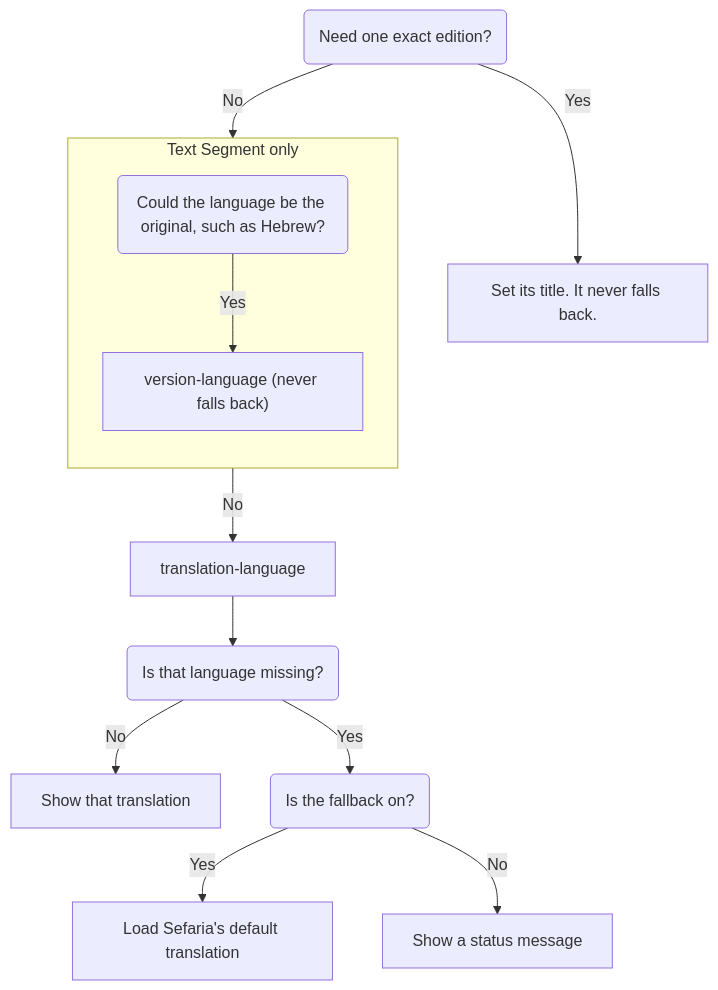
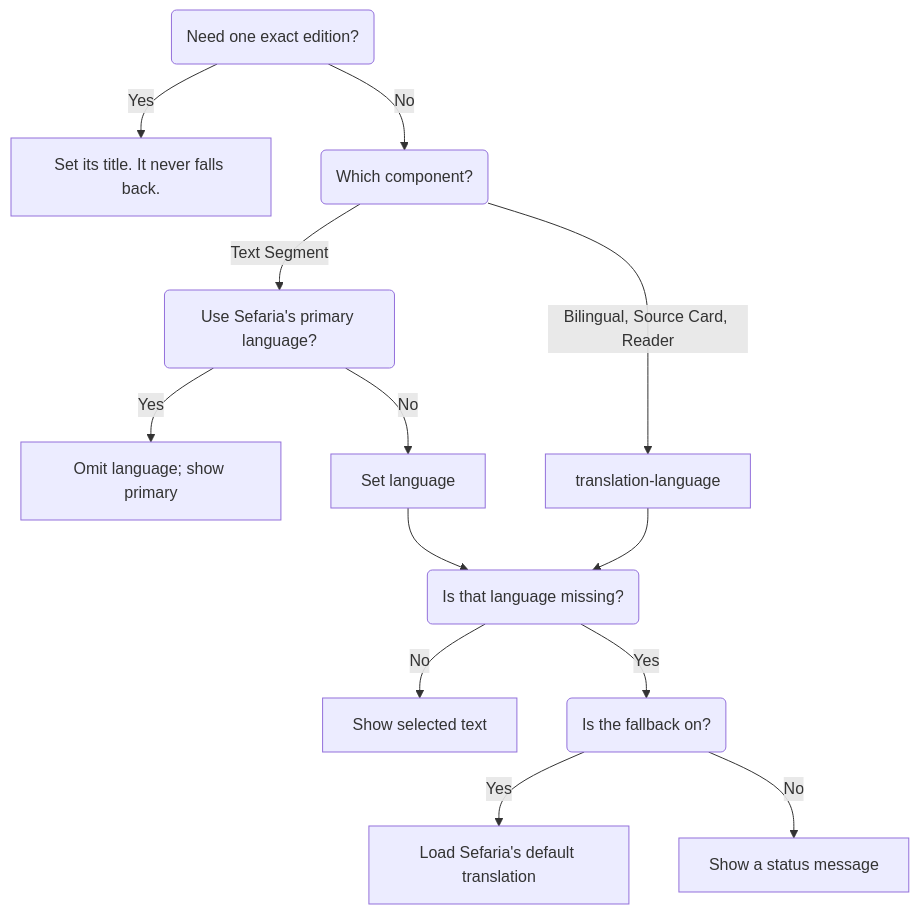
The diagram in docs/across-components/choose-what-text-readers-see.md (Arithmomaniac/sefaria-frontend-toolkit), drawn with Mermaid before and after one commit. The commit also changed other lines of this file and 62 other files, not shown here.

First line of the commit message:
fix(components): unify text segment language selection

````diff
--- a/docs/across-components/choose-what-text-readers-see.md
+++ b/docs/across-components/choose-what-text-readers-see.md
@@ -36,16 +36,15 @@
 ```mermaid
 flowchart TD
   Q1("Need one exact edition?") -->|Yes| A1["Set its title. It never falls back."]
-  Q1 -->|No| Q2
-  subgraph TS["Text Segment only"]
-    direction TB
-    Q2("Could the language be the original, such as Hebrew?")
-    Q2 -->|Yes| A2["version-language (never falls back)"]
-  end
-  Q2 -->|No| A3["translation-language"]
+  Q1 -->|No| Q2("Which component?")
+  Q2 -->|Text Segment| TSPrimary("Use Sefaria's primary language?")
+  TSPrimary -->|Yes| TSDefault["Omit language; show primary"]
+  TSPrimary -->|No| A2["Set language"]
+  Q2 -->|Bilingual, Source Card, Reader| A3["translation-language"]
+  A2 --> Q3
   A3 --> Q3("Is that language missing?")
-  Q3 -->|No| A4["Show that translation"]
+  Q3 -->|No| A4["Show selected text"]
   Q3 -->|Yes| Q4("Is the fallback on?")
   Q4 -->|Yes| A5["Load Sefaria's default translation"]
   Q4 -->|No| A6["Show a status message"]
 ```
````
